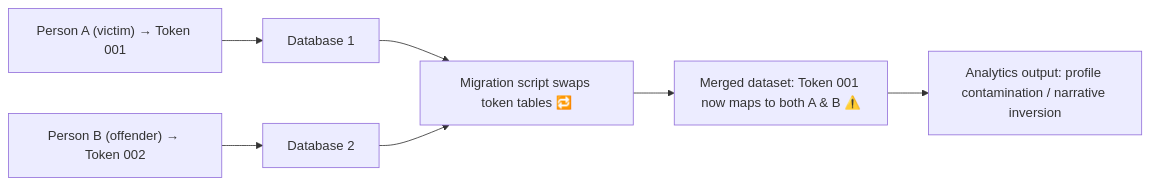
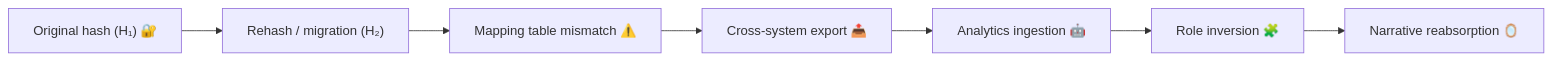
Before and after one commit to josefsbreakfast/Polaris-Protocol: the diagram in Polaris_Nest/Git_Intake_Drawer/💾_token_switching_pseudonymisation_gone_wrong.md, drawn with Mermaid. The commit also changed other lines of this file and 19 other files, not shown here.

````diff
--- a/Polaris_Nest/Git_Intake_Drawer/💾_token_switching_pseudonymisation_gone_wrong.md
+++ b/Polaris_Nest/Git_Intake_Drawer/💾_token_switching_pseudonymisation_gone_wrong.md
@@ -45,9 +31,9 @@
 ```mermaid
 flowchart LR
-A["Person A (victim) → Token 001"] --> B["Database 1"]
-C["Person B (offender) → Token 002"] --> D["Database 2"]
-B --> E["Migration script swaps token tables 🔁"]
-D --> E
-E --> F["Merged dataset: Token 001 now maps to both A & B ⚠️"]
-F --> G["Analytics output: profile contamination / narrative inversion"]
+A["Original hash (H₁) 🔐"] --> B["Rehash / migration (H₂)"]
+B --> C["Mapping table mismatch ⚠️"]
+C --> D["Cross-system export 📤"]
+D --> E["Analytics ingestion 🤖"]
+E --> F["Role inversion 🧩"]
+F --> G["Narrative reabsorption 🪞"]
 ```
````
